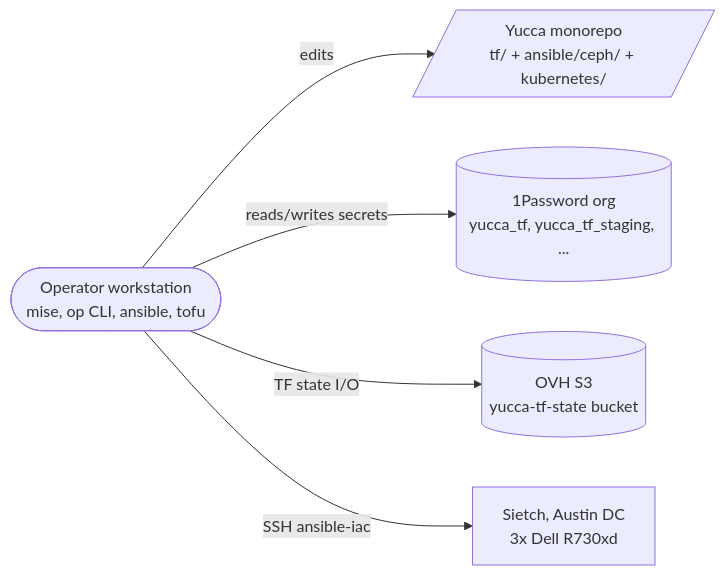
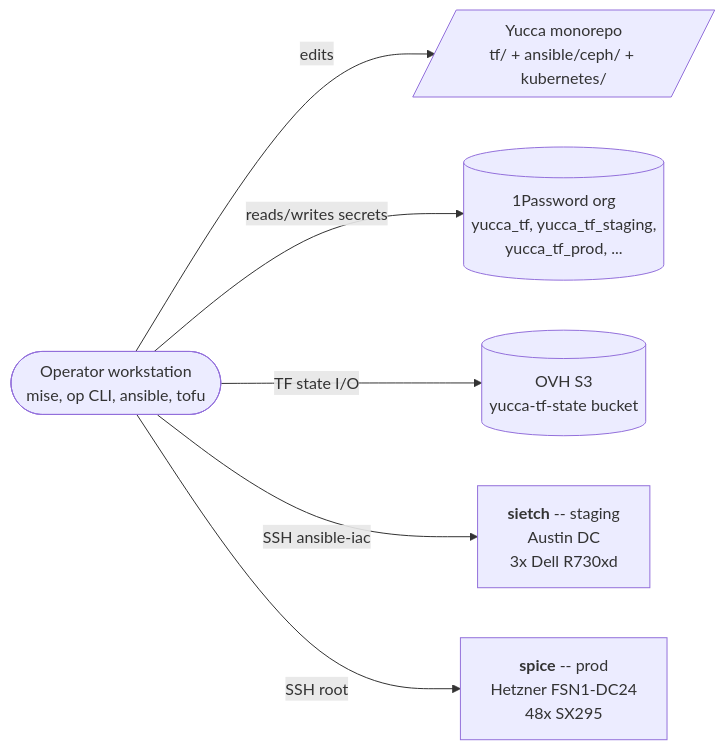
The first of 11 diagrams in ansible/ceph/docs/architecture.md (immich-app/yucca), drawn with Mermaid before and after one commit. The commit also changed other lines of this file and 4 other files, not shown here.

Commit message:
docs(ceph): cover spice alongside sietch in the ceph docs

````diff
--- a/ansible/ceph/docs/architecture.md
+++ b/ansible/ceph/docs/architecture.md
@@ -15,13 +15,15 @@
 ```mermaid
 flowchart LR
     OP([Operator workstation<br/>mise, op CLI, ansible, tofu])
     YUCCA[/Yucca monorepo<br/>tf/ + ansible/ceph/ + kubernetes//]
-    ONEP[("1Password org<br/>yucca_tf, yucca_tf_staging, ...")]
+    ONEP[("1Password org<br/>yucca_tf, yucca_tf_staging,<br/>yucca_tf_prod, ...")]
     S3[("OVH S3<br/>yucca-tf-state bucket")]
-    SIETCH["Sietch, Austin DC<br/>3x Dell R730xd"]
+    SIETCH["<b>sietch</b> -- staging<br/>Austin DC<br/>3x Dell R730xd"]
+    SPICE["<b>spice</b> -- prod<br/>Hetzner FSN1-DC24<br/>48x SX295"]
 
     OP -->|edits| YUCCA
     OP -->|reads/writes secrets| ONEP
     OP -->|TF state I/O| S3
     OP -->|SSH ansible-iac| SIETCH
+    OP -->|SSH root| SPICE
 ```
````
